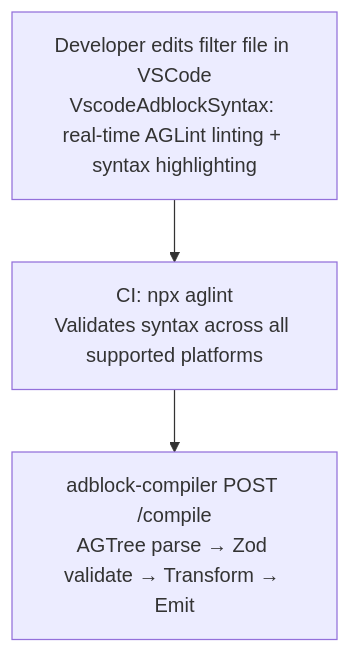
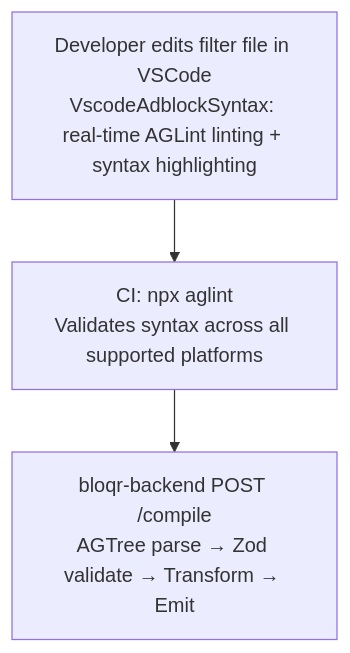
One commit to jaypatrick/adblock-compiler changed the diagram in ideas/VSCODE_ADBLOCK_SYNTAX_INTEGRATION.md. Above: the diagram before and after it, drawn with Mermaid. The commit also changed other lines of this file and 252 other files, not shown here.

First line of the commit message:
chore: rename Cloudflare Worker names from adblock- to bloqr- (bloqr-compiler → bloqr-backend) (#1762)

````diff
--- a/ideas/VSCODE_ADBLOCK_SYNTAX_INTEGRATION.md
+++ b/ideas/VSCODE_ADBLOCK_SYNTAX_INTEGRATION.md
@@ -107,9 +107,9 @@
 ```mermaid
 flowchart TD
     Dev["Developer edits filter file in VSCode\nVscodeAdblockSyntax: real-time AGLint linting + syntax highlighting"]
     CI["CI: npx aglint\nValidates syntax across all supported platforms"]
-    AC["adblock-compiler POST /compile\nAGTree parse → Zod validate → Transform → Emit"]
+    AC["bloqr-backend POST /compile\nAGTree parse → Zod validate → Transform → Emit"]
 
     Dev --> CI
     CI --> AC
 ```
````
